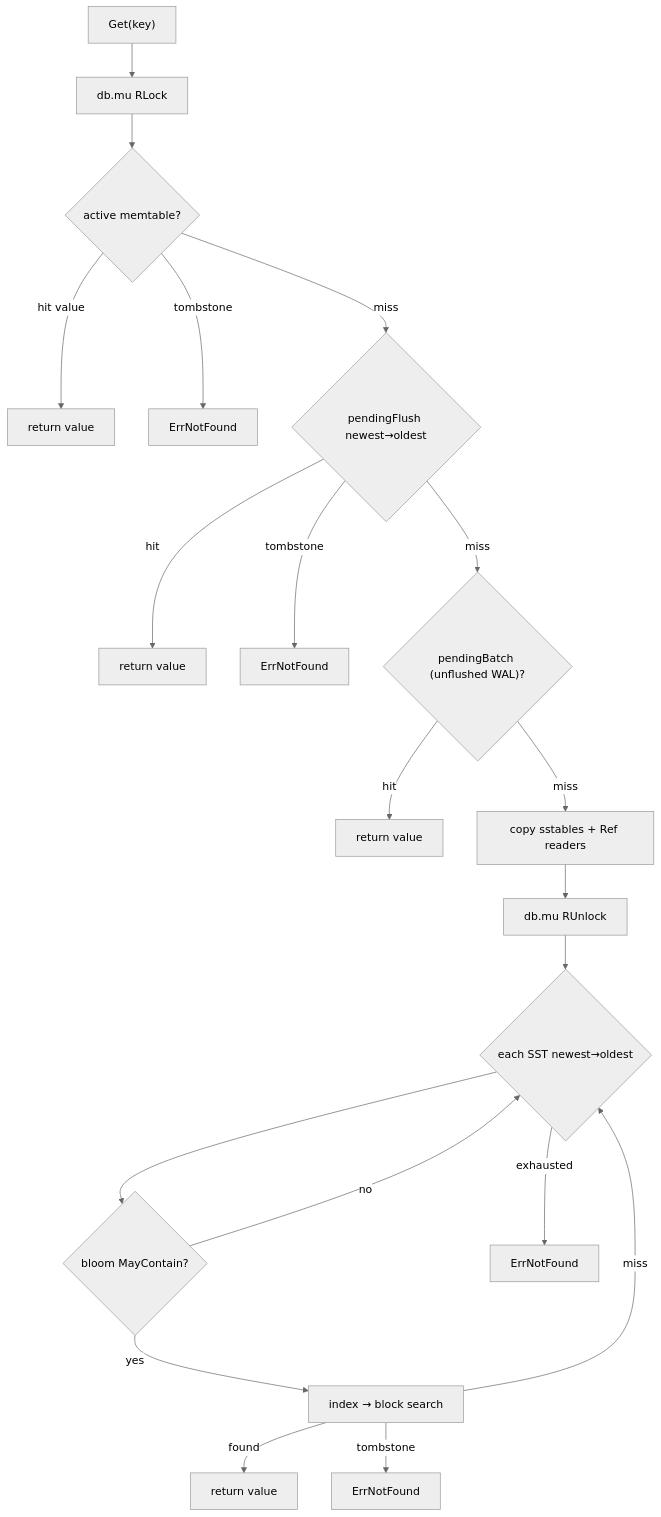
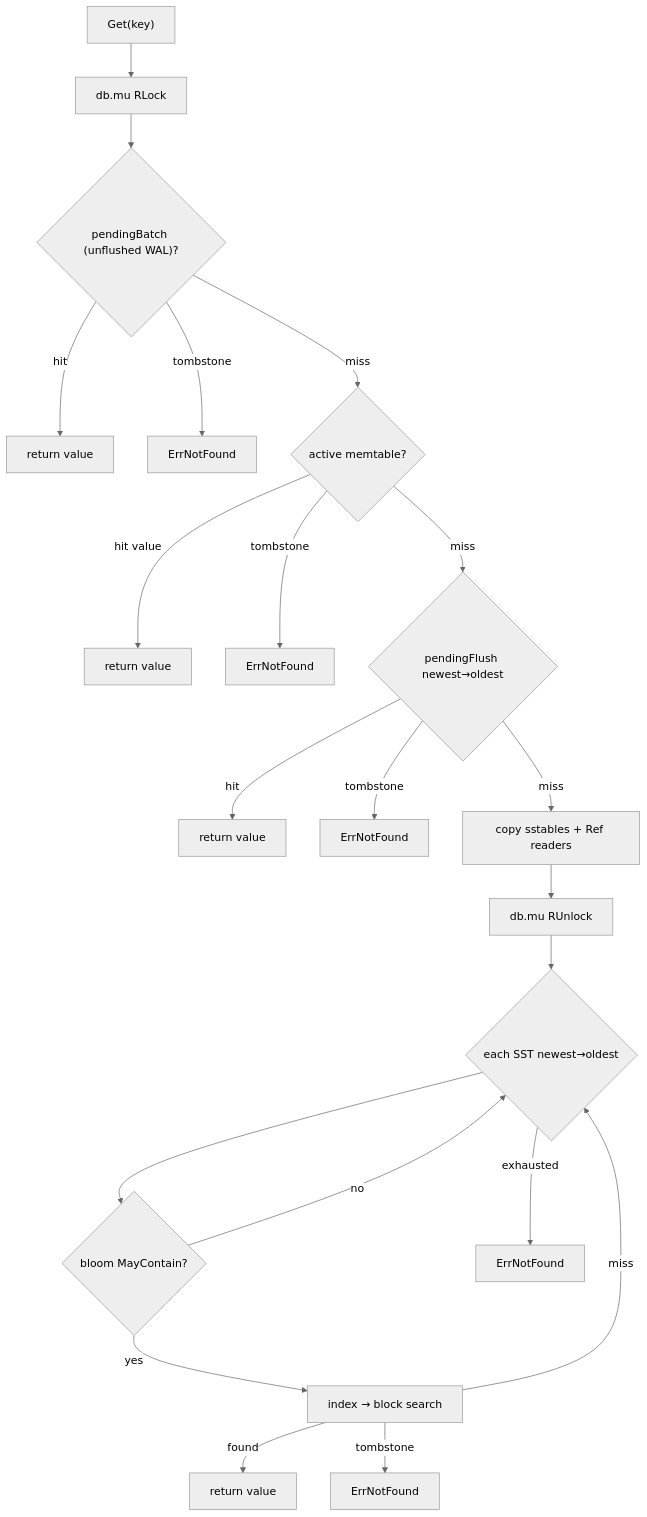
Before and after one commit to RUDRA-PRATAP-SINGH01/PebbleDB: the diagram in docs/architecture/READ_PATH.md, drawn with Mermaid (neutral theme). The commit also changed other lines of this file and 17 other files, not shown here.

````diff
--- a/docs/architecture/READ_PATH.md
+++ b/docs/architecture/READ_PATH.md
@@ -14,22 +14,23 @@
 ```mermaid
 flowchart TD
     START["Get(key)"] --> RLOCK["db.mu RLock"]
-    RLOCK --> ACTIVE{"active memtable?"}
+    RLOCK --> PENDING{"pendingBatch (unflushed WAL)?"}
+    PENDING -->|hit| RET0["return value"]
+    PENDING -->|tombstone| NF0["ErrNotFound"]
+    PENDING -->|miss| ACTIVE{"active memtable?"}
     ACTIVE -->|hit value| RET1["return value"]
     ACTIVE -->|tombstone| NF1["ErrNotFound"]
     ACTIVE -->|miss| PEND{"pendingFlush newest→oldest"}
     PEND -->|hit| RET2["return value"]
     PEND -->|tombstone| NF2["ErrNotFound"]
-    PEND -->|miss| PENDING{"pendingBatch (unflushed WAL)?"}
-    PENDING -->|hit| RET3["return value"]
-    PENDING -->|miss| REF["copy sstables + Ref readers"]
+    PEND -->|miss| REF["copy sstables + Ref readers"]
     REF --> RUNLOCK["db.mu RUnlock"]
     RUNLOCK --> SST{"each SST newest→oldest"}
     SST --> BLOOM{"bloom MayContain?"}
     BLOOM -->|no| SST
     BLOOM -->|yes| BLOCK["index → block search"]
     BLOCK -->|found| RET4["return value"]
     BLOCK -->|tombstone| NF3["ErrNotFound"]
     BLOCK -->|miss| SST
     SST -->|exhausted| NF4["ErrNotFound"]
 ```
````
